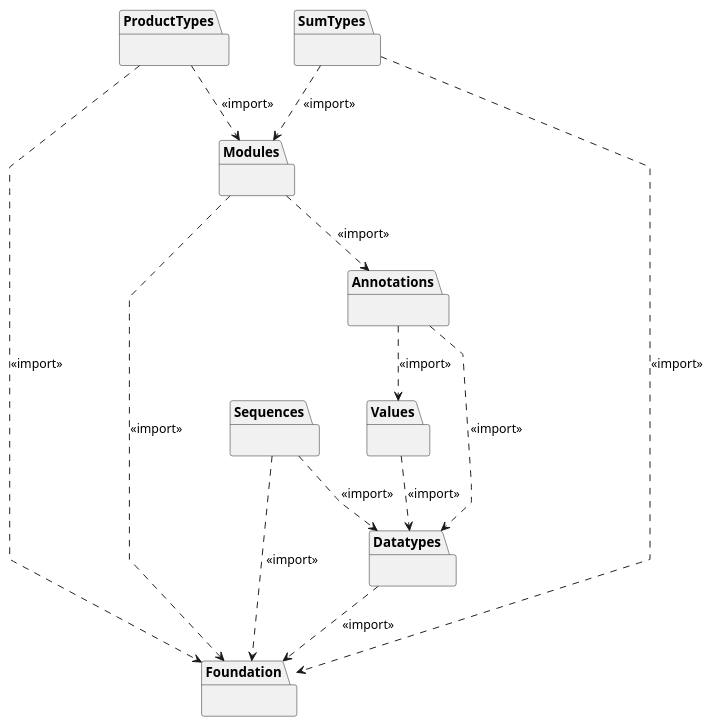
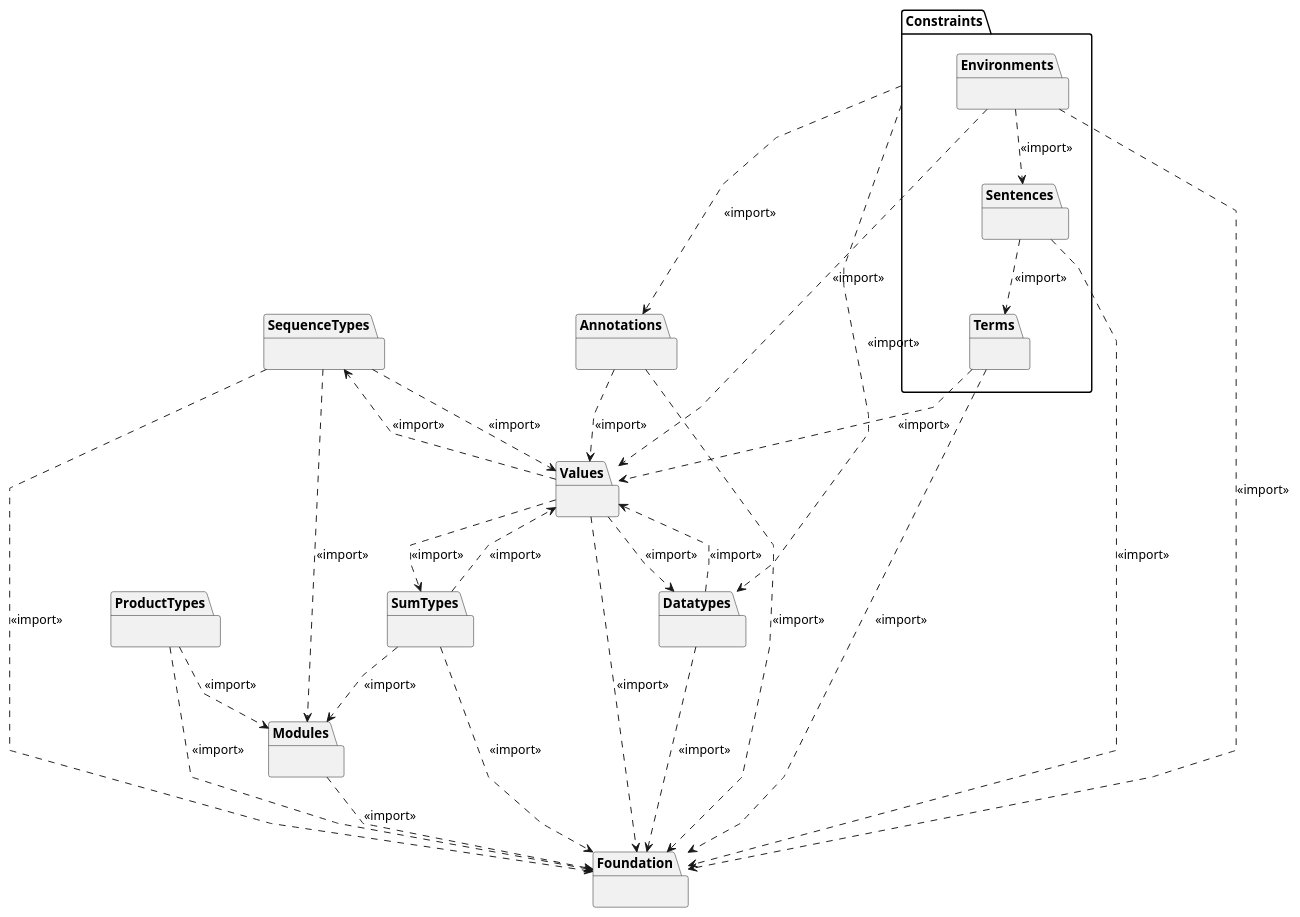
The first of 18 diagrams in docs/meta-model.org (sdm-lang/sdml-io), drawn with PlantUML before and after one commit. The commit also changed other lines of this file and 20 other files, not shown here.

```diff
--- a/docs/meta-model.org
+++ b/docs/meta-model.org
@@ -17,36 +28,59 @@
 #+BEGIN_SRC plantuml :file ./metamodel-overview.svg
 @startuml
 skinparam backgroundColor transparent
 skinparam linetype polyline
 skinparam nodesep 50
 
 package Foundation {}
 
 package Modules {}
 Modules ..> Foundation: <<import>>
-Modules ..> Annotations: <<import>>
 
 package Annotations {}
-Annotations ..> Datatypes: <<import>>
+Annotations ..> Foundation: <<import>>
 Annotations ..> Values: <<import>>
+
+package Constraints {
+    package Environments {
+    }
+    package Sentences {
+    }
+    package Terms {
+    }
+    Environments ..> Foundation: <<import>>
+    Environments ..> Values: <<import>>
+    Environments ..> Sentences: <<import>>
+    Sentences ..> Foundation: <<import>>
+    Sentences ..> Terms: <<import>>
+    Terms ..> Foundation: <<import>>
+    Terms ..> Values: <<import>>
+}
+Constraints ..> Annotations: <<import>>
+Constraints ..> Datatypes: <<import>>
 
 package Datatypes {}
 Datatypes ..> Foundation: <<import>>
+Datatypes ..> Values: <<import>>
 
-package Sequences {}
-Sequences ..> Foundation: <<import>>
-Sequences ..> Datatypes: <<import>>
+package SequenceTypes {}
+SequenceTypes ..> Foundation: <<import>>
+SequenceTypes ..> Modules: <<import>>
+SequenceTypes ..> Values: <<import>>
 
 package ProductTypes {}
 ProductTypes ..> Foundation: <<import>>
 ProductTypes ..> Modules: <<import>>
 
 package SumTypes {}
 SumTypes ..> Foundation: <<import>>
 SumTypes ..> Modules: <<import>>
+SumTypes ..> Values: <<import>>
 
 package Values {}
+Values ..> Foundation: <<import>>
 Values ..> Datatypes: <<import>>
+Values ..> SequenceTypes: <<import>>
+Values ..> SumTypes: <<import>>
 
 @enduml
 #+END_SRC
```
